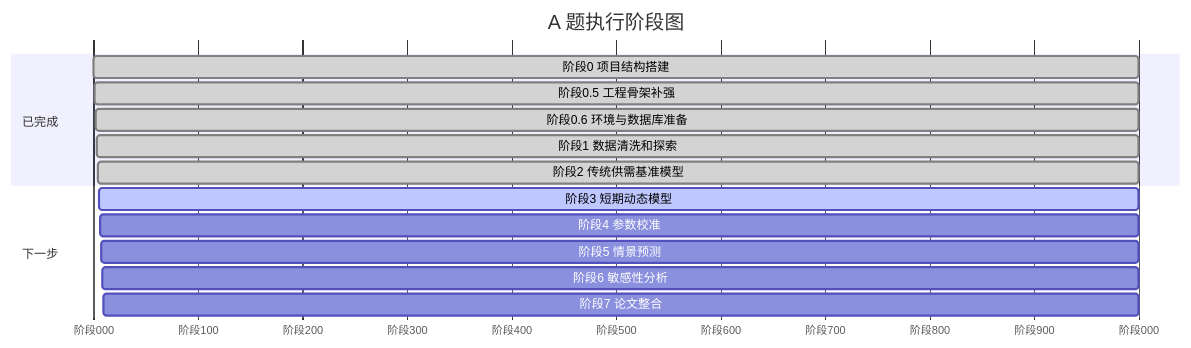
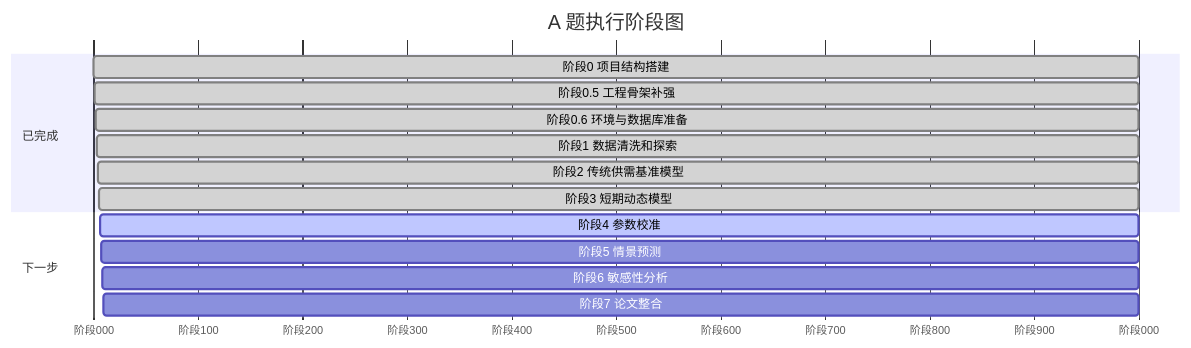
One commit to Timcai06/-A- changed the diagram in docs/03_执行计划.md. Above: the diagram before and after it, drawn with Mermaid. The commit also changed other lines of this file and 14 other files, not shown here.

````diff
--- a/docs/03_执行计划.md
+++ b/docs/03_执行计划.md
@@ -7,18 +7,18 @@
 ```mermaid
 gantt
     title A 题执行阶段图
     dateFormat  X
     axisFormat  阶段%L
     section 已完成
     阶段0 项目结构搭建           :done, 0, 1
     阶段0.5 工程骨架补强         :done, 1, 1
     阶段0.6 环境与数据库准备     :done, 2, 1
     阶段1 数据清洗和探索         :done, 3, 1
     阶段2 传统供需基准模型       :done, 4, 1
+    阶段3 短期动态模型           :done, 5, 1
     section 下一步
-    阶段3 短期动态模型           :active, 5, 1
-    阶段4 参数校准               :6, 1
+    阶段4 参数校准               :active, 6, 1
     阶段5 情景预测               :7, 1
     阶段6 敏感性分析             :8, 1
     阶段7 论文整合               :9, 1
 ```
````
